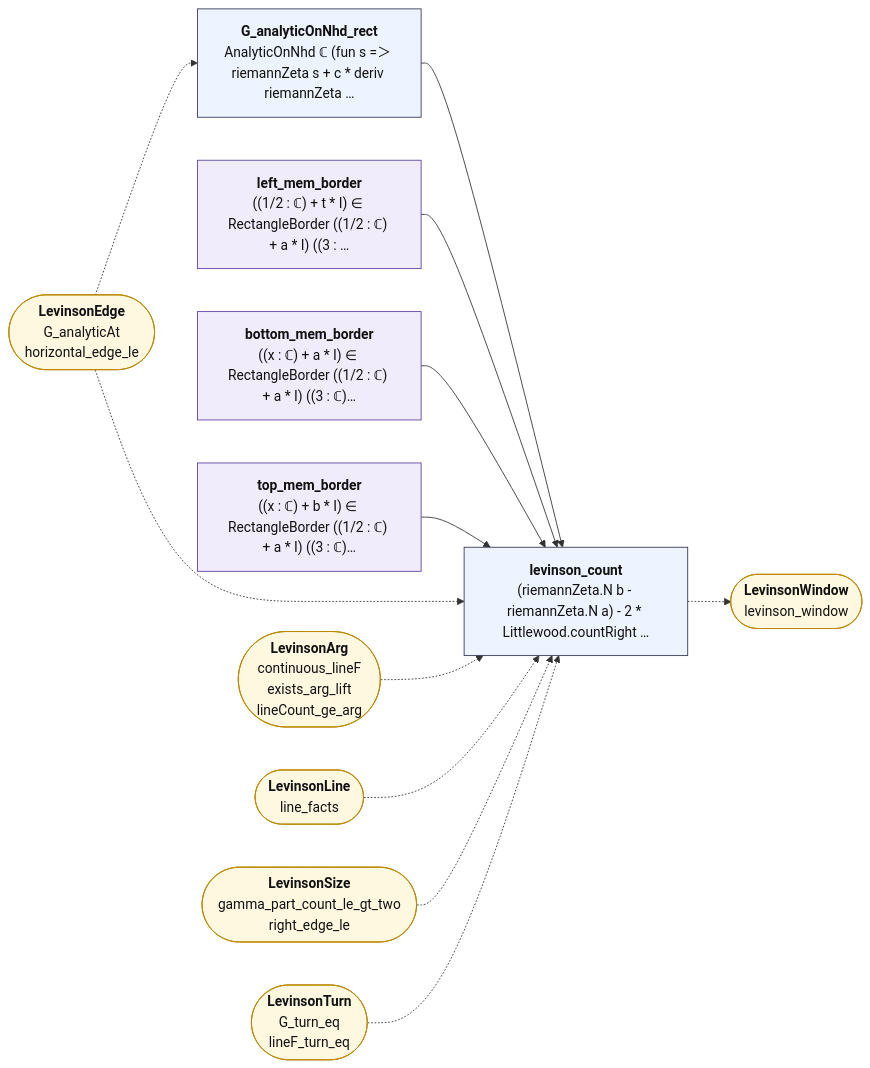
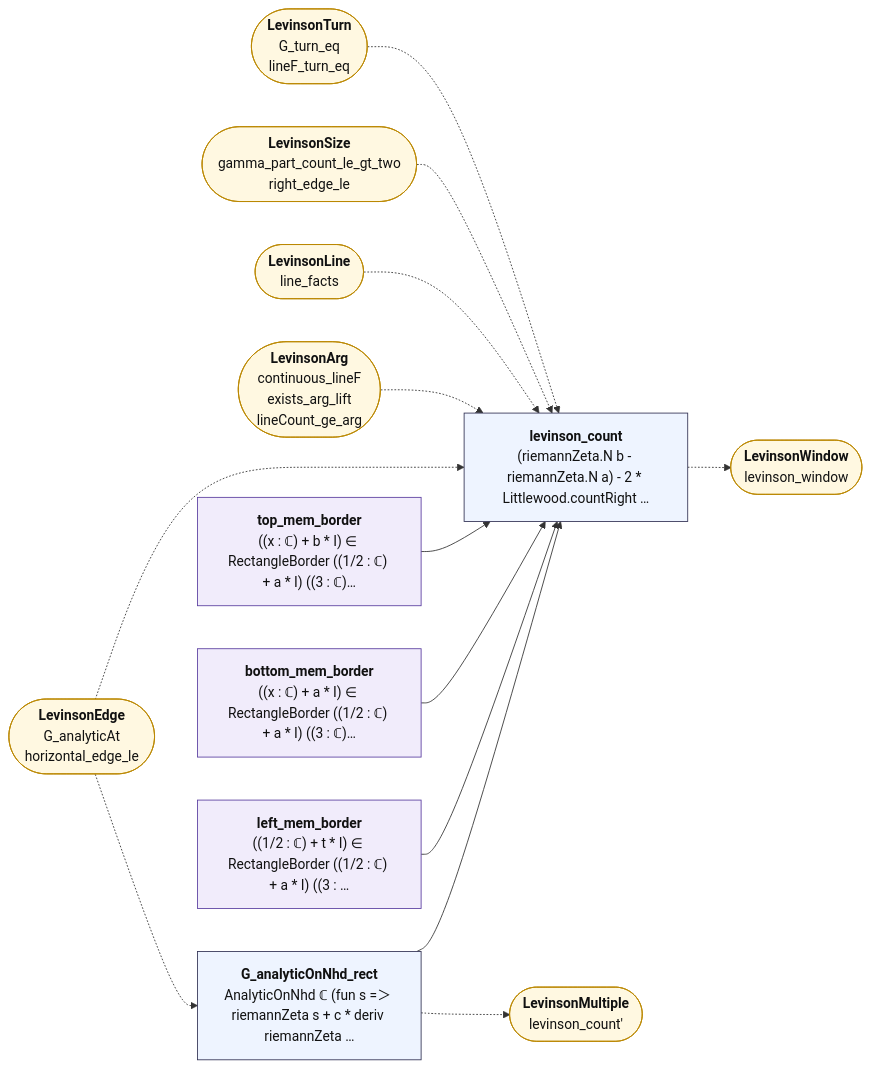
The diagram in map/lean_stage3/LevinsonCount.md (juliansambranojr/Primebeat_081426), drawn with Mermaid before and after one commit. The commit also changed other lines of this file and 39 other files, not shown here.

````diff
--- a/map/lean_stage3/LevinsonCount.md
+++ b/map/lean_stage3/LevinsonCount.md
@@ -14,33 +14,35 @@
 ```mermaid
 flowchart LR
   n0["<b>G_analyticOnNhd_rect</b><br/>AnalyticOnNhd ℂ (fun s =＞ riemannZeta s + c * deriv riemannZeta …"]:::thm
   n1["<b>left_mem_border</b><br/>((1/2 : ℂ) + t * I) ∈ RectangleBorder ((1/2 : ℂ) + a * I) ((3 : …"]:::shp
   n2["<b>bottom_mem_border</b><br/>((x : ℂ) + a * I) ∈ RectangleBorder ((1/2 : ℂ) + a * I) ((3 : ℂ)…"]:::shp
   n3["<b>top_mem_border</b><br/>((x : ℂ) + b * I) ∈ RectangleBorder ((1/2 : ℂ) + a * I) ((3 : ℂ)…"]:::shp
   n4["<b>levinson_count</b><br/>(riemannZeta.N b - riemannZeta.N a) - 2 * Littlewood.countRight …"]:::thm
   x0(["<b>LevinsonEdge</b><br/>G_analyticAt<br/>horizontal_edge_le"]):::ext
-  x1(["<b>LevinsonArg</b><br/>continuous_lineF<br/>exists_arg_lift<br/>lineCount_ge_arg"]):::ext
-  x2(["<b>LevinsonLine</b><br/>line_facts"]):::ext
-  x3(["<b>LevinsonSize</b><br/>gamma_part_count_le_gt_two<br/>right_edge_le"]):::ext
-  x4(["<b>LevinsonTurn</b><br/>G_turn_eq<br/>lineF_turn_eq"]):::ext
-  x5(["<b>LevinsonWindow</b><br/>levinson_window"]):::ext
+  x1(["<b>LevinsonMultiple</b><br/>levinson_count'"]):::ext
+  x2(["<b>LevinsonArg</b><br/>continuous_lineF<br/>exists_arg_lift<br/>lineCount_ge_arg"]):::ext
+  x3(["<b>LevinsonLine</b><br/>line_facts"]):::ext
+  x4(["<b>LevinsonSize</b><br/>gamma_part_count_le_gt_two<br/>right_edge_le"]):::ext
+  x5(["<b>LevinsonTurn</b><br/>G_turn_eq<br/>lineF_turn_eq"]):::ext
+  x6(["<b>LevinsonWindow</b><br/>levinson_window"]):::ext
   n0 --> n4
   n1 --> n4
   n2 --> n4
   n3 --> n4
-  n4 -.-> x5
+  n0 -.-> x1
+  n4 -.-> x6
   x0 -.-> n0
   x0 -.-> n4
-  x1 -.-> n4
   x2 -.-> n4
   x3 -.-> n4
   x4 -.-> n4
+  x5 -.-> n4
   classDef cnt fill:#dff5ec,stroke:#17694a,color:#111
   classDef shp fill:#f1ecfb,stroke:#5b3fa0,color:#111
   classDef rh fill:#ffe5e5,stroke:#c22,color:#111,stroke-width:2px
   classDef thm fill:#eef4ff,stroke:#335,color:#111
   classDef end_ fill:#e7f7e7,stroke:#2a7,color:#111,stroke-width:2px
   classDef lone fill:#fff,stroke:#999,color:#111,stroke-dasharray:4 3
   classDef bad fill:#ffe5e5,stroke:#c22,color:#111,stroke-width:2px
   classDef ext fill:#fff8e1,stroke:#b80,color:#111
 ```
````
